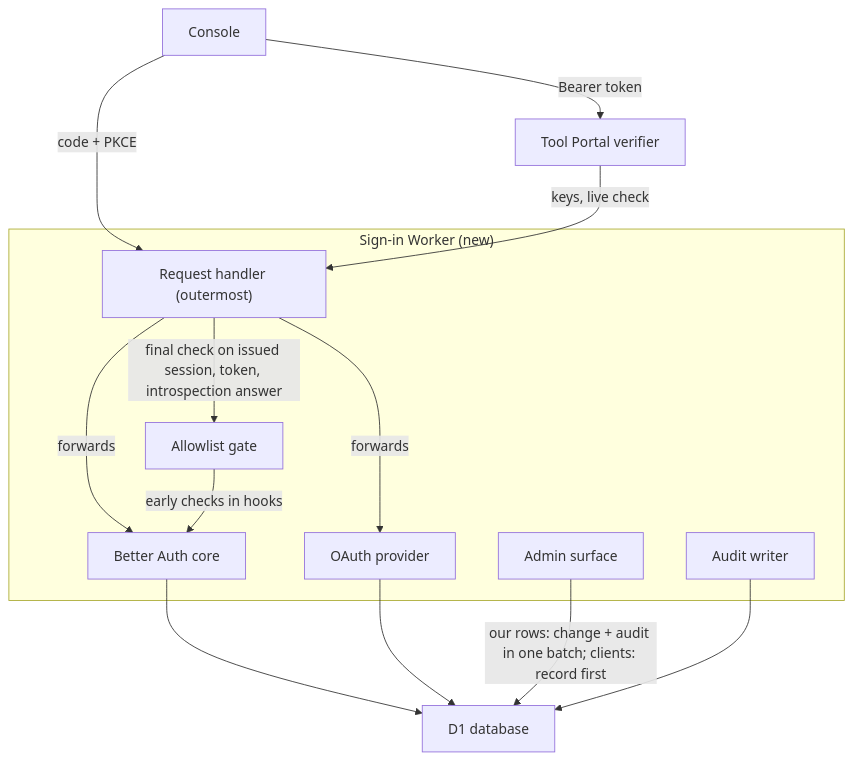
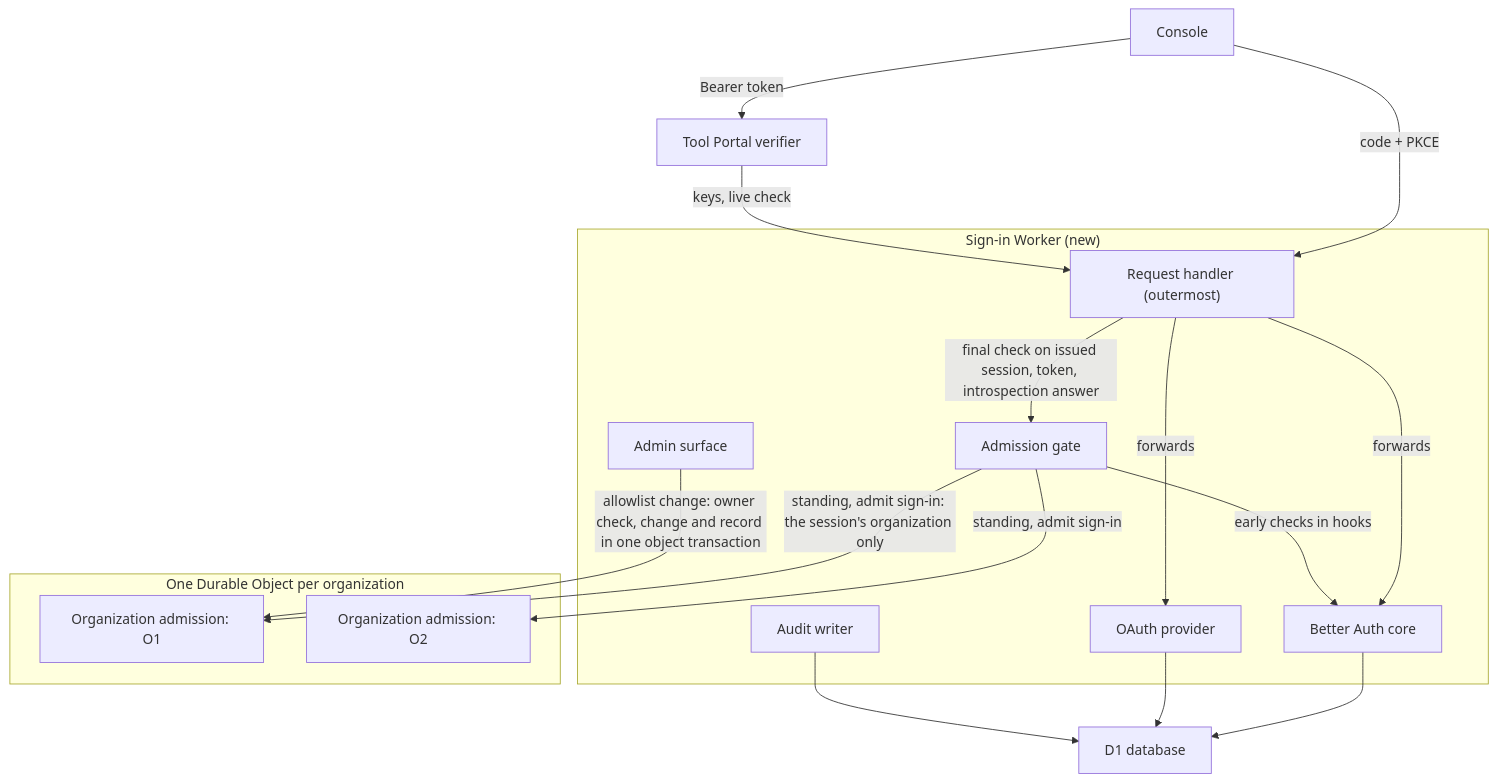
One commit to ShravanSunder/agent-vm changed the first of 5 diagrams in docs/specs/2026-10-20-people-sign-in/program-design.md. Above: the diagram before and after it, drawn with Mermaid. The commit also changed other lines of this file and 9 other files, not shown here.

First line of the commit message:
Sign-in design: people sign in to an organization; each organization's owner and allowlist in its own Durable Object

````diff
--- a/docs/specs/2026-10-20-people-sign-in/program-design.md
+++ b/docs/specs/2026-10-20-people-sign-in/program-design.md
@@ -37,25 +48,31 @@
 ```mermaid
 flowchart TB
   CON["Console"]
   TPV["Tool Portal verifier"]
   subgraph W["Sign-in Worker (new)"]
     RH["Request handler (outermost)"]
-    AL["Allowlist gate"]
+    AL["Admission gate"]
     BA["Better Auth core"]
     OP["OAuth provider"]
     AD["Admin surface"]
     AU["Audit writer"]
+  end
+  subgraph ORGS["One Durable Object per organization"]
+    OA1["Organization admission: O1"]
+    OA2["Organization admission: O2"]
   end
   DB["D1 database"]
   CON -->|code + PKCE| RH
   CON -->|Bearer token| TPV
   TPV -->|keys, live check| RH
   RH -->|forwards| BA
   RH -->|forwards| OP
   RH -->|final check on issued session, token, introspection answer| AL
   AL -->|early checks in hooks| BA
+  AL -->|standing, admit sign-in: the session's organization only| OA1
+  AL -->|standing, admit sign-in| OA2
+  AD -->|allowlist change: owner check, change and record in one object transaction| OA1
   BA --> DB
   OP --> DB
-  AD -->|our rows: change + audit in one batch; clients: record first| DB
   AU --> DB
 ```
````
